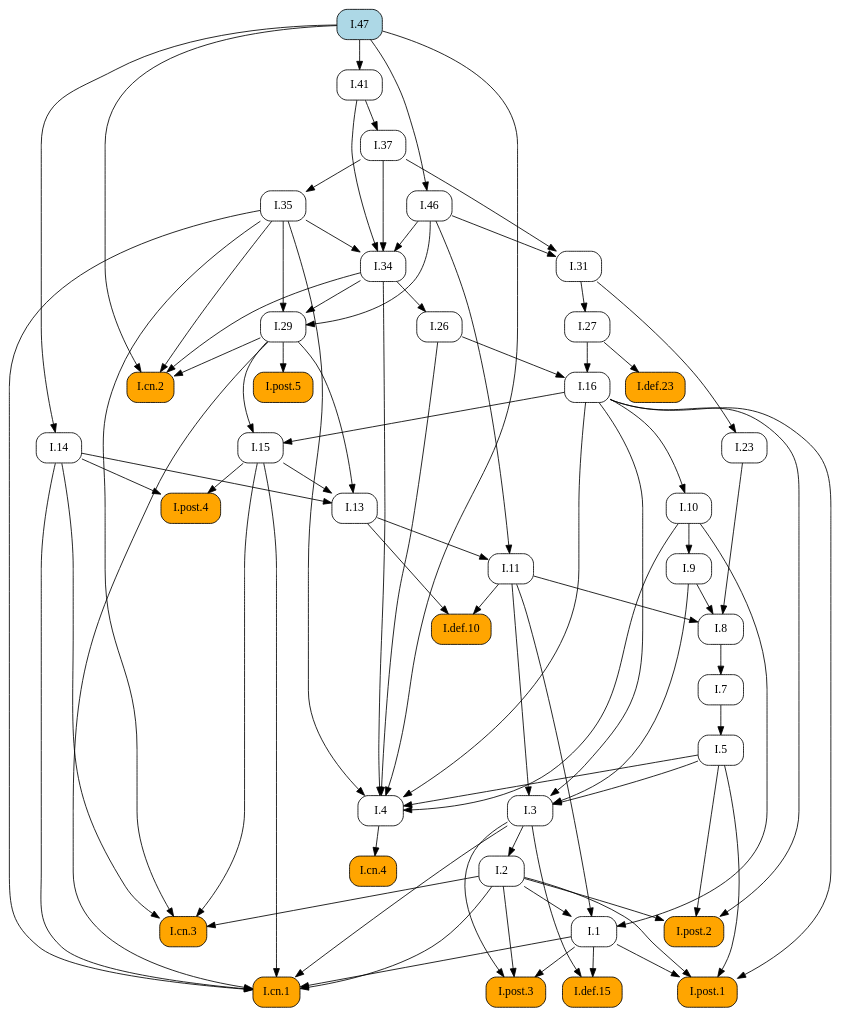
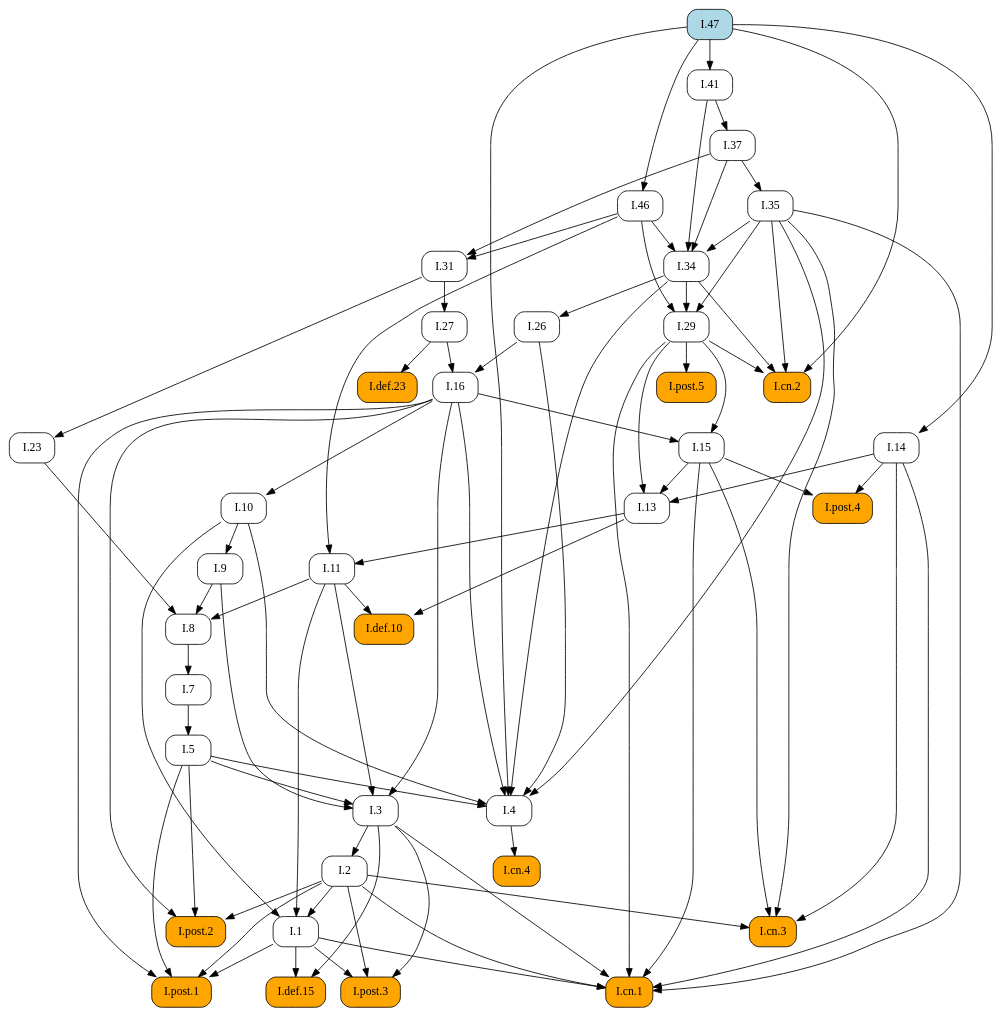
Before and after one commit to geometor/elements: the diagram in docsrc/elements2/I/47/index.rst, drawn with Graphviz. The commit also changed other lines of this file and 409 other files, not shown here.

First line of the commit message:
feat: Add image cropping and graphic extraction script

```diff
--- a/docsrc/elements2/I/47/index.rst
+++ b/docsrc/elements2/I/47/index.rst
@@ -110,85 +110,58 @@
    digraph {
      rankdir="TB";
      node [shape=box, style=rounded];
+     "I.37" [URL="/elements2/I/37/", target="_top"];
+     "I.31" [URL="/elements2/I/31/", target="_top"];
+     "I.cn.2" [style="rounded,filled", fillcolor=orange, URL="/elements2/I/cn.2/", target="_top"];
+     "I.41" [URL="/elements2/I/41/", target="_top"];
      "I.8" [URL="/elements2/I/8/", target="_top"];
+     "I.15" [URL="/elements2/I/15/", target="_top"];
+     "I.5" [URL="/elements2/I/5/", target="_top"];
+     "I.47" [style="rounded,filled", fillcolor=lightblue, URL="/elements2/I/47/", target="_top"];
+     "I.26" [URL="/elements2/I/26/", target="_top"];
+     "I.cn.1" [style="rounded,filled", fillcolor=orange, URL="/elements2/I/cn.1/", target="_top"];
+     "I.7" [URL="/elements2/I/7/", target="_top"];
+     "I.23" [URL="/elements2/I/23/", target="_top"];
+     "I.16" [URL="/elements2/I/16/", target="_top"];
+     "I.35" [URL="/elements2/I/35/", target="_top"];
+     "I.34" [URL="/elements2/I/34/", target="_top"];
+     "I.def.15" [style="rounded,filled", fillcolor=orange, URL="/elements2/I/def.15/", target="_top"];
      "I.46" [URL="/elements2/I/46/", target="_top"];
+     "I.def.10" [style="rounded,filled", fillcolor=orange, URL="/elements2/I/def.10/", target="_top"];
+     "I.11" [URL="/elements2/I/11/", target="_top"];
+     "I.def.23" [style="rounded,filled", fillcolor=orange, URL="/elements2/I/def.23/", target="_top"];
+     "I.post.5" [style="rounded,filled", fillcolor=orange, URL="/elements2/I/post.5/", target="_top"];
+     "I.3" [URL="/elements2/I/3/", target="_top"];
+     "I.14" [URL="/elements2/I/14/", target="_top"];
+     "I.10" [URL="/elements2/I/10/", target="_top"];
+     "I.cn.3" [style="rounded,filled", fillcolor=orange, URL="/elements2/I/cn.3/", target="_top"];
+     "I.13" [URL="/elements2/I/13/", target="_top"];
+     "I.4" [URL="/elements2/I/4/", target="_top"];
+     "I.post.3" [style="rounded,filled", fillcolor=orange, URL="/elements2/I/post.3/", target="_top"];
+     "I.9" [URL="/elements2/I/9/", target="_top"];
+     "I.29" [URL="/elements2/I/29/", target="_top"];
      "I.post.1" [style="rounded,filled", fillcolor=orange, URL="/elements2/I/post.1/", target="_top"];
-     "I.14" [URL="/elements2/I/14/", target="_top"];
-     "I.47" [style="rounded,filled", fillcolor=lightblue, URL="/elements2/I/47/", target="_top"];
-     "I.5" [URL="/elements2/I/5/", target="_top"];
-     "I.post.5" [style="rounded,filled", fillcolor=orange, URL="/elements2/I/post.5/", target="_top"];
-     "I.def.10" [style="rounded,filled", fillcolor=orange, URL="/elements2/I/def.10/", target="_top"];
-     "I.cn.2" [style="rounded,filled", fillcolor=orange, URL="/elements2/I/cn.2/", target="_top"];
-     "I.def.15" [style="rounded,filled", fillcolor=orange, URL="/elements2/I/def.15/", target="_top"];
-     "I.31" [URL="/elements2/I/31/", target="_top"];
-     "I.11" [URL="/elements2/I/11/", target="_top"];
-     "I.3" [URL="/elements2/I/3/", target="_top"];
-     "I.def.23" [style="rounded,filled", fillcolor=orange, URL="/elements2/I/def.23/", target="_top"];
+     "I.2" [URL="/elements2/I/2/", target="_top"];
+     "I.27" [URL="/elements2/I/27/", target="_top"];
+     "I.cn.4" [style="rounded,filled", fillcolor=orange, URL="/elements2/I/cn.4/", target="_top"];
+     "I.post.4" [style="rounded,filled", fillcolor=orange, URL="/elements2/I/post.4/", target="_top"];
+     "I.1" [URL="/elements2/I/1/", target="_top"];
      "I.post.2" [style="rounded,filled", fillcolor=orange, URL="/elements2/I/post.2/", target="_top"];
-     "I.26" [URL="/elements2/I/26/", target="_top"];
-     "I.cn.3" [style="rounded,filled", fillcolor=orange, URL="/elements2/I/cn.3/", target="_top"];
-     "I.cn.4" [style="rounded,filled", fillcolor=orange, URL="/elements2/I/cn.4/", target="_top"];
-     "I.1" [URL="/elements2/I/1/", target="_top"];
-     "I.7" [URL="/elements2/I/7/", target="_top"];
-     "I.9" [URL="/elements2/I/9/", target="_top"];
-     "I.cn.1" [style="rounded,filled", fillcolor=orange, URL="/elements2/I/cn.1/", target="_top"];
-     "I.29" [URL="/elements2/I/29/", target="_top"];
-     "I.post.4" [style="rounded,filled", fillcolor=orange, URL="/elements2/I/post.4/", target="_top"];
-     "I.16" [URL="/elements2/I/16/", target="_top"];
-     "I.13" [URL="/elements2/I/13/", target="_top"];
-     "I.41" [URL="/elements2/I/41/", target="_top"];
-     "I.35" [URL="/elements2/I/35/", target="_top"];
-     "I.2" [URL="/elements2/I/2/", target="_top"];
-     "I.37" [URL="/elements2/I/37/", target="_top"];
-     "I.27" [URL="/elements2/I/27/", target="_top"];
-     "I.4" [URL="/elements2/I/4/", target="_top"];
-     "I.10" [URL="/elements2/I/10/", target="_top"];
-     "I.15" [URL="/elements2/I/15/", target="_top"];
-     "I.34" [URL="/elements2/I/34/", target="_top"];
-     "I.23" [URL="/elements2/I/23/", target="_top"];
-     "I.post.3" [style="rounded,filled", fillcolor=orange, URL="/elements2/I/post.3/", target="_top"];
-     "I.9" -> "I.8";
-     "I.11" -> "I.8";
-     "I.23" -> "I.8";
-     "I.47" -> "I.46";
-     "I.1" -> "I.post.1";
-     "I.2" -> "I.post.1";
-     "I.5" -> "I.post.1";
-     "I.16" -> "I.post.1";
-     "I.47" -> "I.14";
-     "I.7" -> "I.5";
-     "I.29" -> "I.post.5";
-     "I.11" -> "I.def.10";
-     "I.13" -> "I.def.10";
+     "I.41" -> "I.37";
+     "I.37" -> "I.31";
+     "I.46" -> "I.31";
      "I.29" -> "I.cn.2";
      "I.34" -> "I.cn.2";
      "I.35" -> "I.cn.2";
      "I.47" -> "I.cn.2";
-     "I.1" -> "I.def.15";
-     "I.3" -> "I.def.15";
-     "I.37" -> "I.31";
-     "I.46" -> "I.31";
-     "I.13" -> "I.11";
-     "I.46" -> "I.11";
-     "I.5" -> "I.3";
-     "I.9" -> "I.3";
-     "I.11" -> "I.3";
-     "I.16" -> "I.3";
-     "I.27" -> "I.def.23";
-     "I.2" -> "I.post.2";
-     "I.5" -> "I.post.2";
-     "I.16" -> "I.post.2";
+     "I.47" -> "I.41";
+     "I.9" -> "I.8";
+     "I.11" -> "I.8";
+     "I.23" -> "I.8";
+     "I.16" -> "I.15";
+     "I.29" -> "I.15";
+     "I.7" -> "I.5";
      "I.34" -> "I.26";
-     "I.2" -> "I.cn.3";
-     "I.14" -> "I.cn.3";
-     "I.15" -> "I.cn.3";
-     "I.35" -> "I.cn.3";
-     "I.4" -> "I.cn.4";
-     "I.2" -> "I.1";
-     "I.10" -> "I.1";
-     "I.11" -> "I.1";
-     "I.8" -> "I.7";
-     "I.10" -> "I.9";
      "I.1" -> "I.cn.1";
      "I.2" -> "I.cn.1";
      "I.3" -> "I.cn.1";
@@ -196,21 +169,37 @@
      "I.15" -> "I.cn.1";
      "I.29" -> "I.cn.1";
      "I.35" -> "I.cn.1";
-     "I.34" -> "I.29";
-     "I.35" -> "I.29";
-     "I.46" -> "I.29";
-     "I.14" -> "I.post.4";
-     "I.15" -> "I.post.4";
+     "I.8" -> "I.7";
+     "I.31" -> "I.23";
      "I.26" -> "I.16";
      "I.27" -> "I.16";
+     "I.37" -> "I.35";
+     "I.35" -> "I.34";
+     "I.37" -> "I.34";
+     "I.41" -> "I.34";
+     "I.46" -> "I.34";
+     "I.1" -> "I.def.15";
+     "I.3" -> "I.def.15";
+     "I.47" -> "I.46";
+     "I.11" -> "I.def.10";
+     "I.13" -> "I.def.10";
+     "I.13" -> "I.11";
+     "I.46" -> "I.11";
+     "I.27" -> "I.def.23";
+     "I.29" -> "I.post.5";
+     "I.5" -> "I.3";
+     "I.9" -> "I.3";
+     "I.11" -> "I.3";
+     "I.16" -> "I.3";
+     "I.47" -> "I.14";
+     "I.16" -> "I.10";
+     "I.2" -> "I.cn.3";
+     "I.14" -> "I.cn.3";
+     "I.15" -> "I.cn.3";
+     "I.35" -> "I.cn.3";
      "I.14" -> "I.13";
      "I.15" -> "I.13";
      "I.29" -> "I.13";
-     "I.47" -> "I.41";
-     "I.37" -> "I.35";
-     "I.3" -> "I.2";
-     "I.41" -> "I.37";
-     "I.31" -> "I.27";
      "I.5" -> "I.4";
      "I.10" -> "I.4";
      "I.16" -> "I.4";
@@ -218,15 +207,26 @@
      "I.34" -> "I.4";
      "I.35" -> "I.4";
      "I.47" -> "I.4";
-     "I.16" -> "I.10";
-     "I.16" -> "I.15";
-     "I.29" -> "I.15";
-     "I.35" -> "I.34";
-     "I.37" -> "I.34";
-     "I.41" -> "I.34";
-     "I.46" -> "I.34";
-     "I.31" -> "I.23";
      "I.1" -> "I.post.3";
      "I.2" -> "I.post.3";
      "I.3" -> "I.post.3";
+     "I.10" -> "I.9";
+     "I.34" -> "I.29";
+     "I.35" -> "I.29";
+     "I.46" -> "I.29";
+     "I.1" -> "I.post.1";
+     "I.2" -> "I.post.1";
+     "I.5" -> "I.post.1";
+     "I.16" -> "I.post.1";
+     "I.3" -> "I.2";
+     "I.31" -> "I.27";
+     "I.4" -> "I.cn.4";
+     "I.14" -> "I.post.4";
+     "I.15" -> "I.post.4";
+     "I.2" -> "I.1";
+     "I.10" -> "I.1";
+     "I.11" -> "I.1";
+     "I.2" -> "I.post.2";
+     "I.5" -> "I.post.2";
+     "I.16" -> "I.post.2";
    }
```
